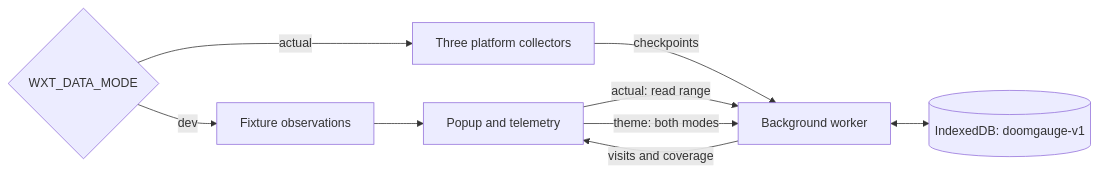
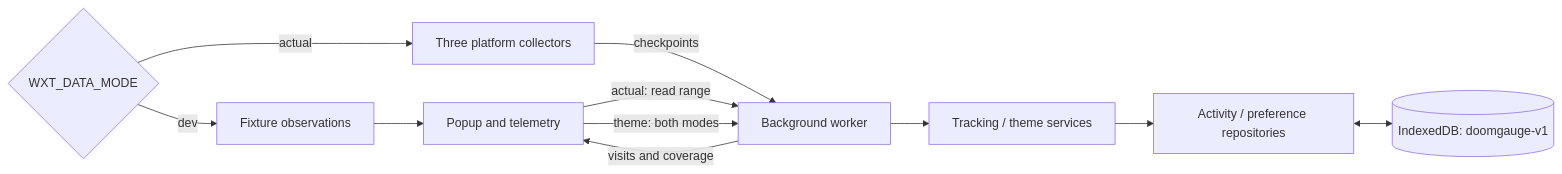
Before and after one commit to OussemaJaouadi/DoomGauge: the first of 2 diagrams in docs/ARCHITECTURE.md, drawn with Mermaid. The commit also changed other lines of this file and 65 other files, not shown here.

Commit message:
♻️ refactor: restructure tracking and storage, fix theme startup and recovery

````diff
--- a/docs/ARCHITECTURE.md
+++ b/docs/ARCHITECTURE.md
@@ -3,11 +3,13 @@
 ```mermaid
 flowchart LR
   Mode{"WXT_DATA_MODE"} -->|dev| Fixtures["Fixture observations"]
   Fixtures --> UI["Popup and telemetry"]
   Mode -->|actual| Collectors["Three platform collectors"]
   Collectors -->|checkpoints| BG["Background worker"]
   UI -->|"actual: read range"| BG
   BG -->|"visits and coverage"| UI
   UI -->|"theme: both modes"| BG
-  BG <--> DB[("IndexedDB: doomgauge-v1")]
+  BG --> Services["Tracking / theme services"]
+  Services --> Repositories["Activity / preference repositories"]
+  Repositories <--> DB[("IndexedDB: doomgauge-v1")]
 ```
````
